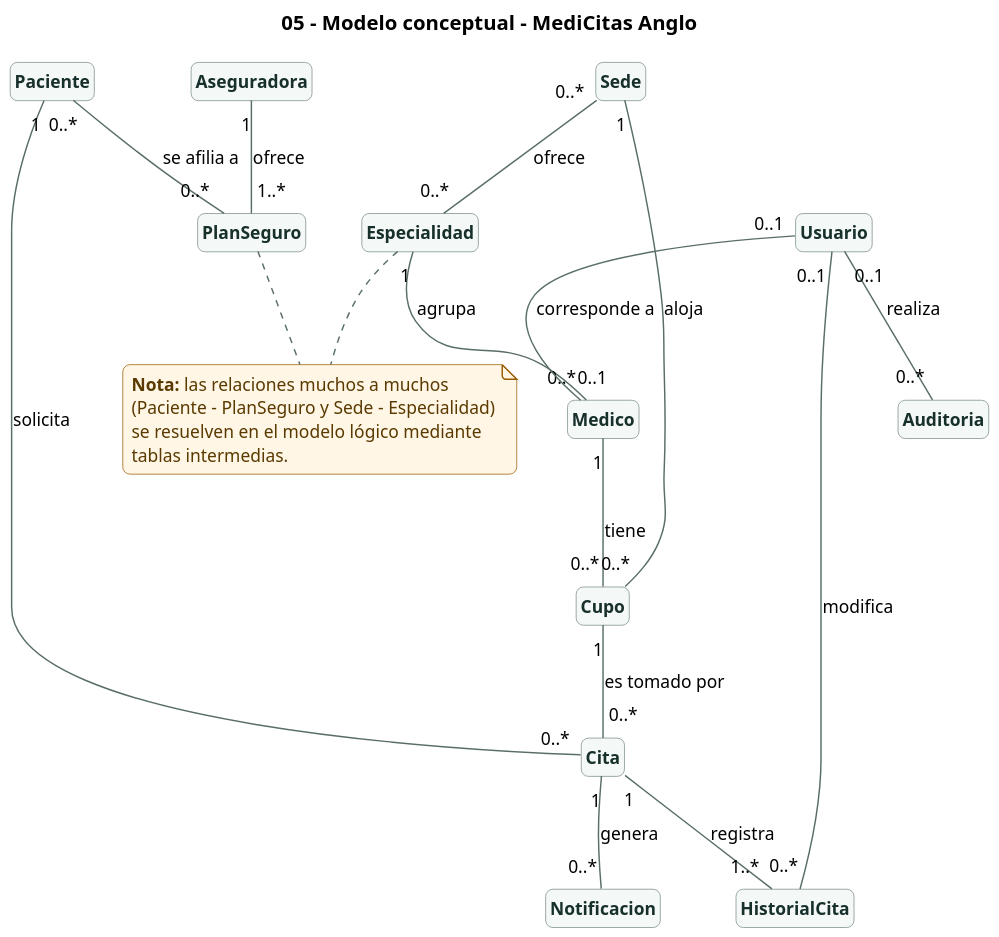
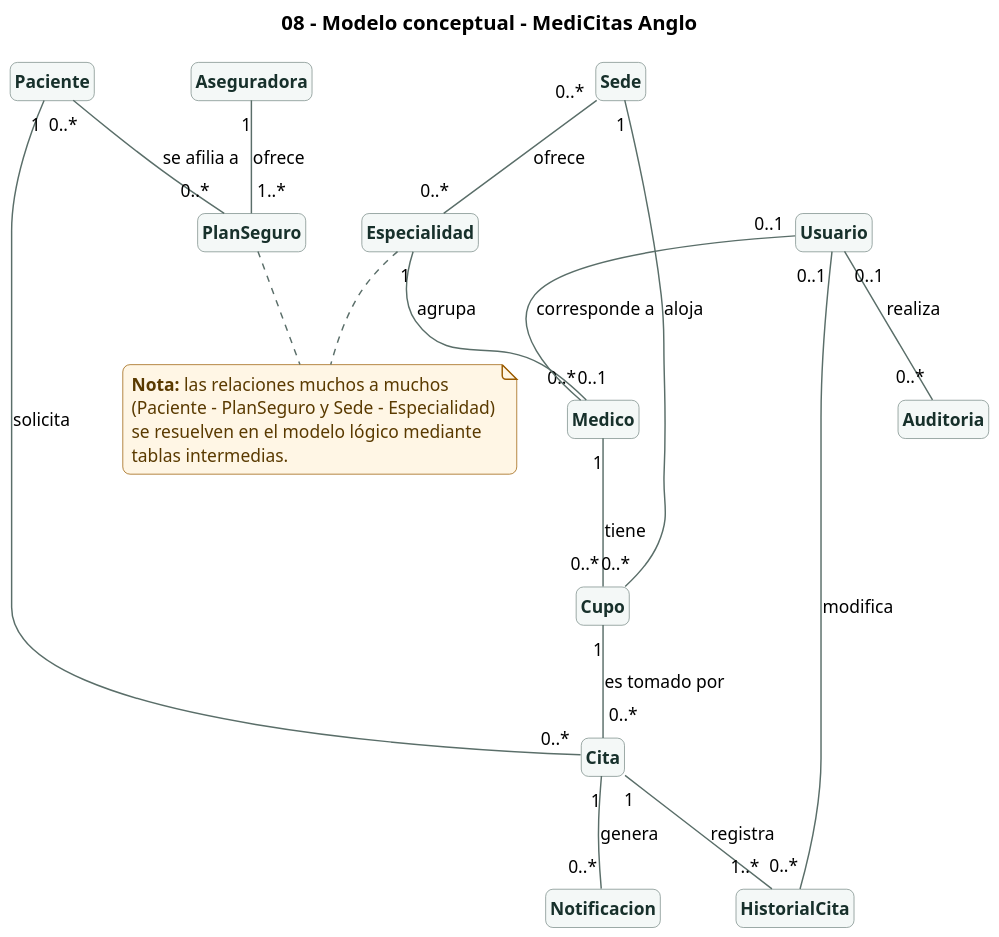
Before and after one commit to Jimena-CC/ProyectoCitasMedicas: the diagram in docs/diagrams/08-conceptual-model.puml, drawn with PlantUML. The commit also changed 4 other files, not shown here.

First line of the commit message:
docs(diagrams): alinear ER y clases con el esquema SQL y el código

```diff
--- a/docs/diagrams/08-conceptual-model.puml
+++ b/docs/diagrams/08-conceptual-model.puml
@@ -1,61 +1,61 @@
 @startuml
-title 05 - Modelo conceptual - MediCitas Anglo
+title 08 - Modelo conceptual - MediCitas Anglo
 
 skinparam shadowing false
 skinparam roundCorner 10
 skinparam defaultFontName "Helvetica"
 skinparam defaultFontSize 12
 skinparam dpi 150
 skinparam ArrowColor #5A6E69
 skinparam class {
   BackgroundColor #F4F8F7
   BorderColor #7A8C88
   FontColor #17302B
   FontStyle bold
 }
 skinparam note {
   BackgroundColor #FFF6E5
   BorderColor #9A5B00
   FontColor #5A3A00
 }
 
 hide circle
 hide members
 
 class Paciente
 class Aseguradora
 class PlanSeguro
 class Especialidad
 class Sede
 class Medico
 class Cupo
 class Cita
 class Notificacion
 class HistorialCita
 class Usuario
 class Auditoria
 
 Aseguradora "1" -- "1..*" PlanSeguro : ofrece
 Paciente "0..*" -- "0..*" PlanSeguro : se afilia a
 Especialidad "1" -- "0..*" Medico : agrupa
 Sede "0..*" -- "0..*" Especialidad : ofrece
 Medico "1" -- "0..*" Cupo : tiene
 Sede "1" -- "0..*" Cupo : aloja
 Paciente "1" -- "0..*" Cita : solicita
 Cupo "1" -- "0..*" Cita : es tomado por
 Cita "1" -- "1..*" HistorialCita : registra
 Cita "1" -- "0..*" Notificacion : genera
 Usuario "0..1" -- "0..1" Medico : corresponde a
 Usuario "0..1" -- "0..*" Auditoria : realiza
 Usuario "0..1" -- "0..*" HistorialCita : modifica
 
 note as N1
   <b>Nota:</b> las relaciones muchos a muchos
   (Paciente - PlanSeguro y Sede - Especialidad)
   se resuelven en el modelo lógico mediante
   tablas intermedias.
 end note
 PlanSeguro .. N1
 Especialidad .. N1
 
 @enduml
```
